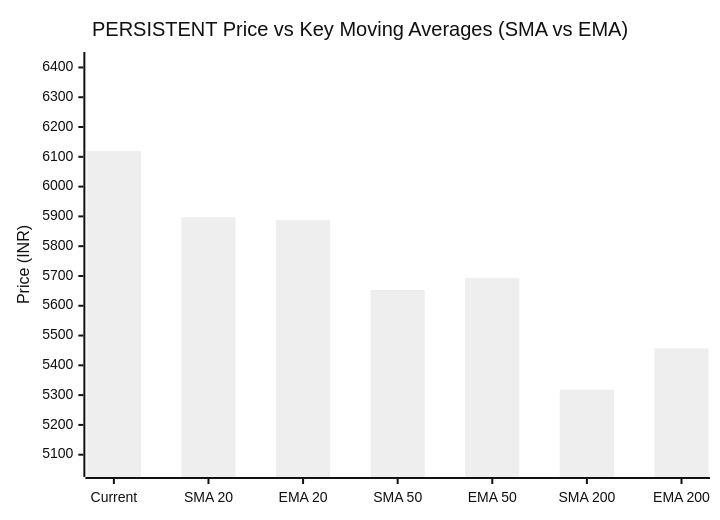
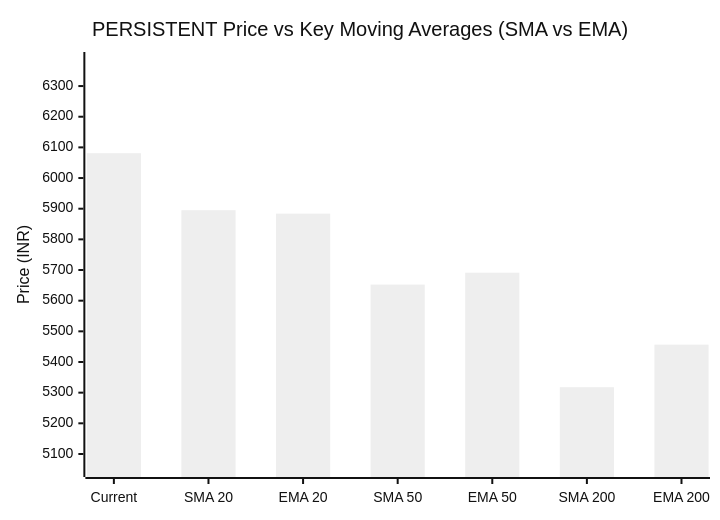
One commit to purnareddy9/dev changed the third of 3 diagrams in market-intelligence/stocks/PERSISTENT/history/2026-11-06.md. Above: the diagram before and after it, drawn with Mermaid (neutral theme). The commit also changed other lines of this file and 4 other files, not shown here.

````diff
--- a/market-intelligence/stocks/PERSISTENT/history/2026-11-06.md
+++ b/market-intelligence/stocks/PERSISTENT/history/2026-11-06.md
@@ -104,7 +104,7 @@
 ```mermaid
 xychart-beta
     title "PERSISTENT Price vs Key Moving Averages (SMA vs EMA)"
     x-axis ["Current", "SMA 20", "EMA 20", "SMA 50", "EMA 50", "SMA 200", "EMA 200"]
-    y-axis "Price (INR)" 5052 --> 6425
-    bar [6119.5, 5897.05, 5887.62, 5653.25, 5692.77, 5317.96, 5456.95]
+    y-axis "Price (INR)" 5051 --> 6385
+    bar [6081.0, 5895.12, 5883.96, 5652.48, 5691.26, 5317.77, 5456.57]
 ```
````
